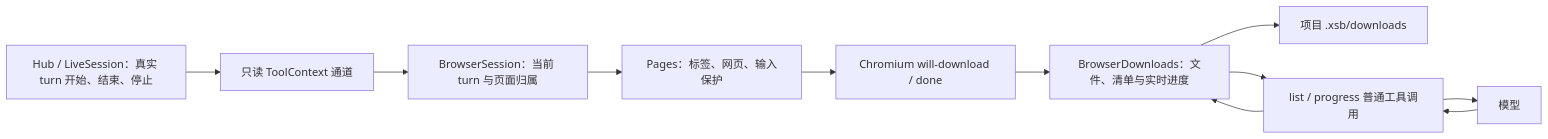
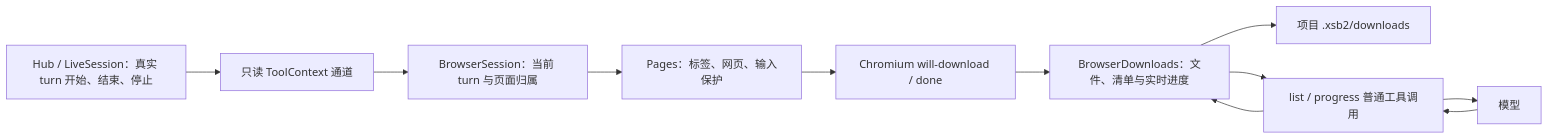
One commit to mrchaofan/xSB changed the diagram in docs/optimization/in-app-browser.md. Above: the diagram before and after it, drawn with Mermaid. The commit also changed other lines of this file and 34 other files, not shown here.

````diff
--- a/docs/optimization/in-app-browser.md
+++ b/docs/optimization/in-app-browser.md
@@ -30,13 +41,13 @@
 ```mermaid
 flowchart LR
   H[Hub / LiveSession：真实 turn 开始、结束、停止] --> C[只读 ToolContext 通道]
   C --> B[BrowserSession：当前 turn 与页面归属]
   B --> P[Pages：标签、网页、输入保护]
   P --> D[Chromium will-download / done]
   D --> L[BrowserDownloads：文件、清单与实时进度]
-  L --> F[项目 .xsb/downloads]
+  L --> F[项目 .xsb2/downloads]
   M[模型] --> Q[list / progress 普通工具调用]
   Q --> L
   L --> Q
   Q --> M
 ```
````
